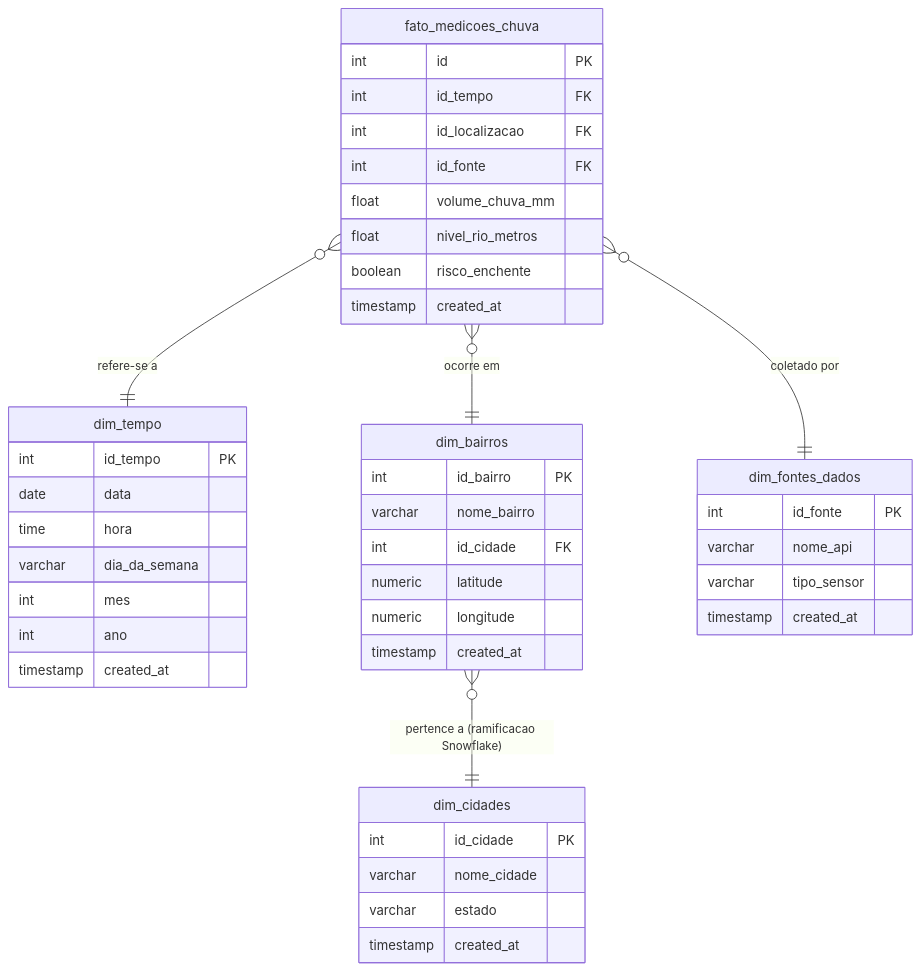
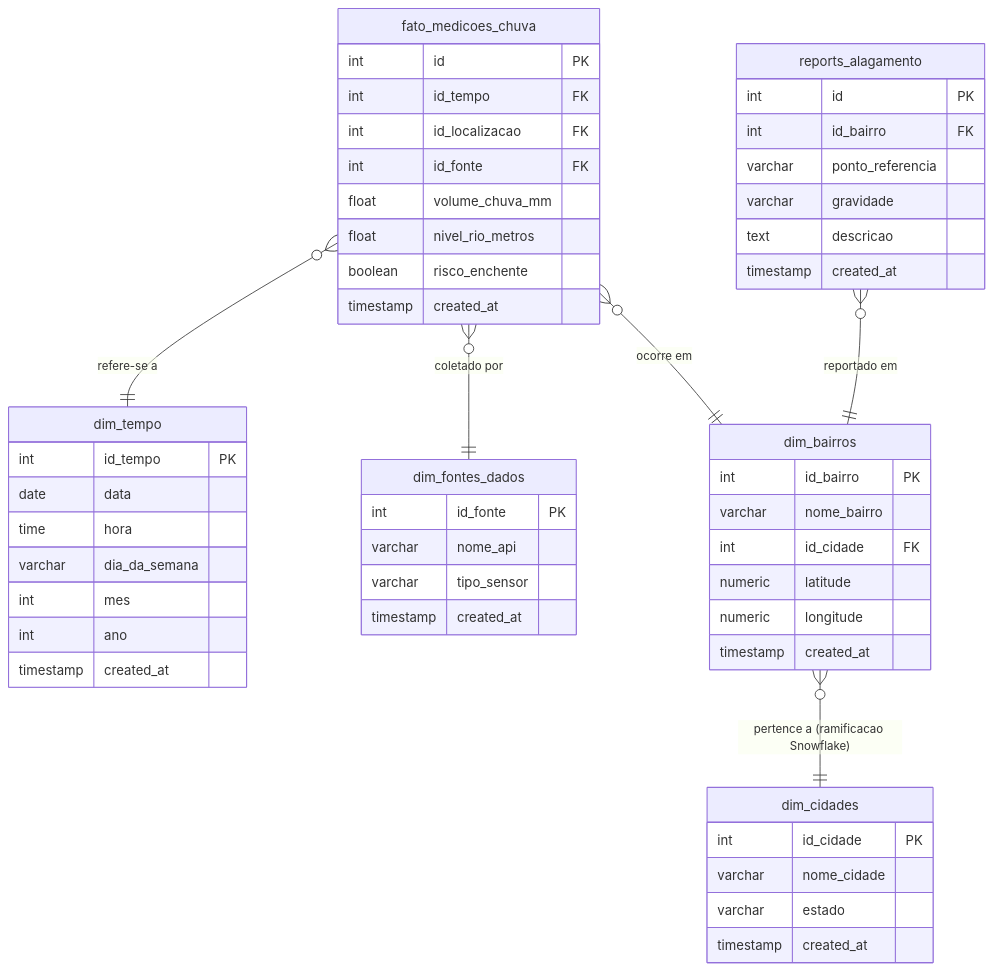
The second of 2 diagrams in README.md (Matheusrsilva1/projeto-gs), drawn with Mermaid before and after one commit. The commit also changed other lines of this file and 3 other files, not shown here.

````diff
--- a/README.md
+++ b/README.md
@@ -43,47 +43,56 @@
 ```mermaid
 erDiagram
     fato_medicoes_chuva {
         int id PK
         int id_tempo FK
         int id_localizacao FK
         int id_fonte FK
         float volume_chuva_mm
         float nivel_rio_metros
         boolean risco_enchente
         timestamp created_at
     }
     dim_tempo {
         int id_tempo PK
         date data
         time hora
         varchar dia_da_semana
         int mes
         int ano
         timestamp created_at
     }
     dim_bairros {
         int id_bairro PK
         varchar nome_bairro
         int id_cidade FK
         numeric latitude
         numeric longitude
         timestamp created_at
     }
     dim_cidades {
         int id_cidade PK
         varchar nome_cidade
         varchar estado
         timestamp created_at
     }
     dim_fontes_dados {
         int id_fonte PK
         varchar nome_api
         varchar tipo_sensor
         timestamp created_at
     }
+    reports_alagamento {
+        int id PK
+        int id_bairro FK
+        varchar ponto_referencia
+        varchar gravidade
+        text descricao
+        timestamp created_at
+    }
 
     fato_medicoes_chuva }o--|| dim_tempo : "refere-se a"
     fato_medicoes_chuva }o--|| dim_fontes_dados : "coletado por"
     fato_medicoes_chuva }o--|| dim_bairros : "ocorre em"
     dim_bairros }o--|| dim_cidades : "pertence a (ramificacao Snowflake)"
+    reports_alagamento }o--|| dim_bairros : "reportado em"
 ```
````
